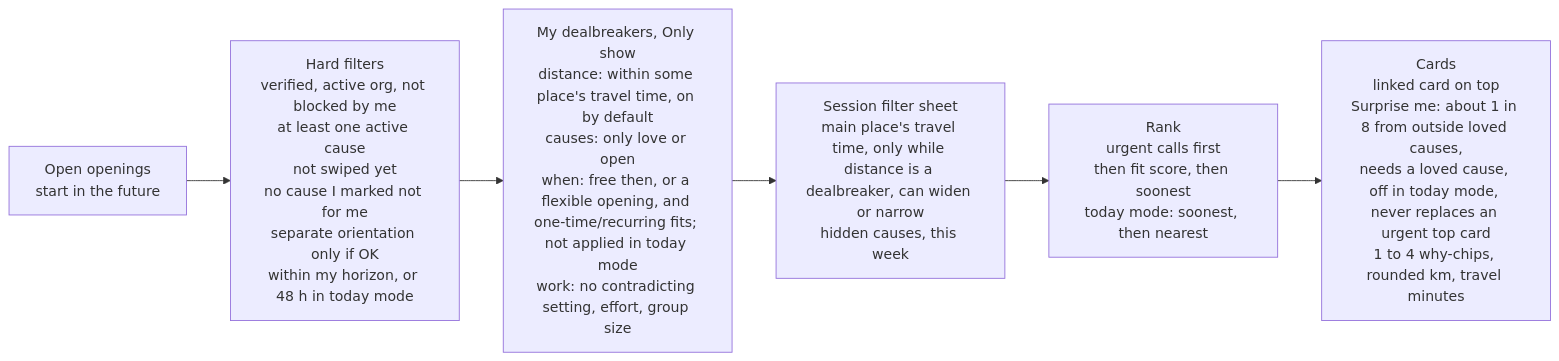
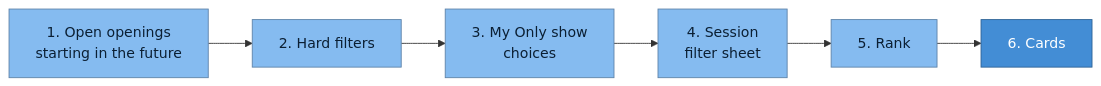
Before and after one commit to slegroux/causematch: diagram 22 of 25 in docs/ARCHITECTURE.md, drawn with Mermaid. The commit also changed other lines of this file, not shown here.

First line of the commit message:
Architecture doc: a C4 tour on top, the reference below, up to date with main

````diff
--- a/docs/ARCHITECTURE.md
+++ b/docs/ARCHITECTURE.md
@@ -751,9 +1153,10 @@
 ```mermaid
+%%{init: {"flowchart": {"curve": "basis"}, "themeVariables": {"fontFamily": "Helvetica, Arial, sans-serif"}}}%%
 flowchart LR
-    all["Open openings<br/>start in the future"] --> f1
-    f1["Hard filters<br/>verified, active org, not blocked by me<br/>at least one active cause<br/>not swiped yet<br/>no cause I marked not for me<br/>separate orientation only if OK<br/>within my horizon, or 48 h in today mode"] --> f2
-    f2["My dealbreakers, Only show<br/>distance: within some place's travel time, on by default<br/>causes: only love or open<br/>when: free then, or a flexible opening, and one-time/recurring fits; not applied in today mode<br/>work: no contradicting setting, effort, group size"] --> f3
-    f3["Session filter sheet<br/>main place's travel time, only while distance is a dealbreaker, can widen or narrow<br/>hidden causes, this week"] --> rank
-    rank["Rank<br/>urgent calls first<br/>then fit score, then soonest<br/>today mode: soonest, then nearest"] --> cards
-    cards["Cards<br/>linked card on top<br/>Surprise me: about 1 in 8 from outside loved causes,<br/>needs a loved cause, off in today mode, never replaces an urgent top card<br/>1 to 4 why-chips, rounded km, travel minutes"]
+    all["1. Open openings<br/>starting in the future"] --> f1["2. Hard filters"] --> f2["3. My Only show<br/>choices"] --> f3["4. Session<br/>filter sheet"] --> rank["5. Rank"] --> cards["6. Cards"]
+
+    classDef step fill:#85bbf0,stroke:#5d82a8,color:#0b1f33
+    classDef key fill:#438dd5,stroke:#2e6295,color:#ffffff
+    class all,f1,f2,f3,rank step
+    class cards key
 ```
````
